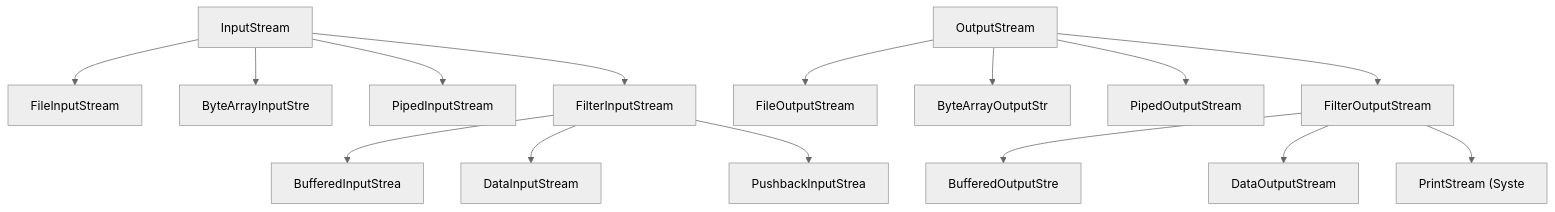
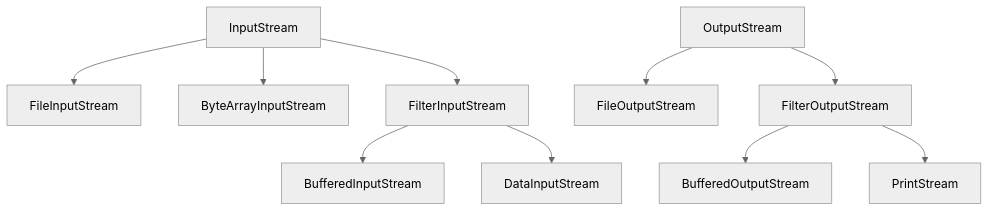
Before and after one commit to yjkim2015/yjkim2015.github.io: the third of 11 diagrams in _posts/java/2026-05-01-java-io.md, drawn with Mermaid (neutral theme). The commit also changed other lines of this file and 155 other files, not shown here.

First line of the commit message:
Mermaid 전면 수정: subgraph 제거, participant/노드/줄수 축소 (342블록)

````diff
--- a/_posts/java/2026-05-01-java-io.md
+++ b/_posts/java/2026-05-01-java-io.md
@@ -52,7 +52,7 @@
 ```mermaid
 graph TD
-    IS["InputStream"] --> FIS["FileInputStream"] & BAIS["ByteArrayInputStre"] & PIS["PipedInputStream"] & FLIS["FilterInputStream"]
-    FLIS --> BIS["BufferedInputStrea"] & DIS["DataInputStream"] & PBIS["PushbackInputStrea"]
-    OS["OutputStream"] --> FOS["FileOutputStream"] & BAOS["ByteArrayOutputStr"] & POS["PipedOutputStream"] & FLOS["FilterOutputStream"]
-    FLOS --> BOS["BufferedOutputStre"] & DOS["DataOutputStream"] & PS["PrintStream (Syste"]
+    IS["InputStream"] --> FIS["FileInputStream"] & BAIS["ByteArrayInputStream"]
+    IS --> FLIS["FilterInputStream"] --> BIS["BufferedInputStream"] & DIS["DataInputStream"]
+    OS["OutputStream"] --> FOS["FileOutputStream"] & FLOS["FilterOutputStream"]
+    FLOS --> BOS["BufferedOutputStream"] & PS["PrintStream"]
 ```
````
